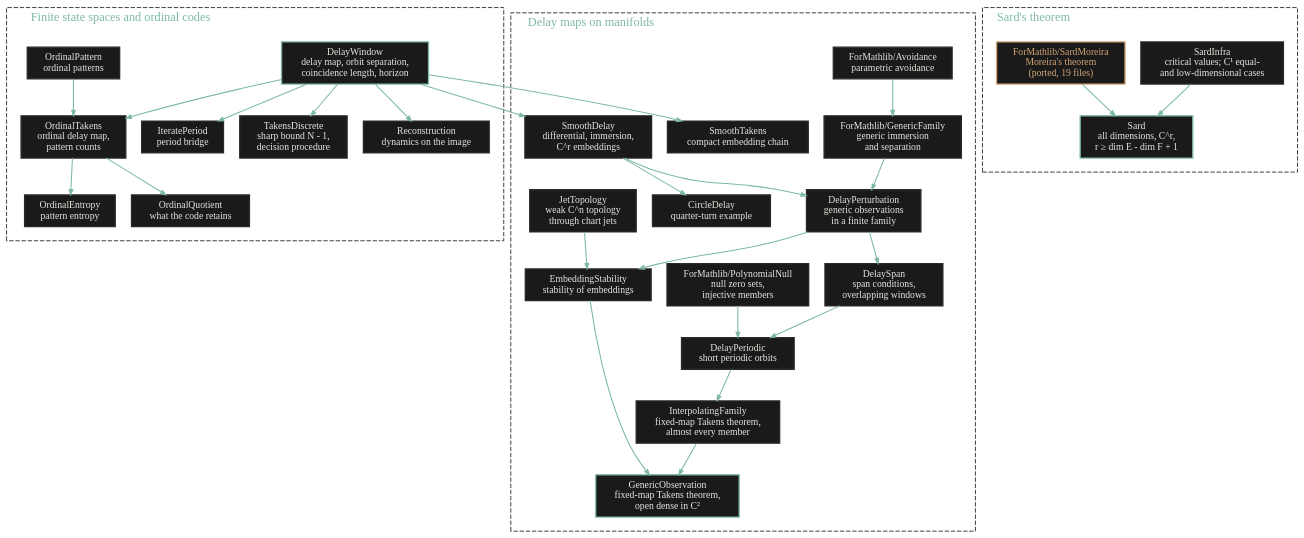
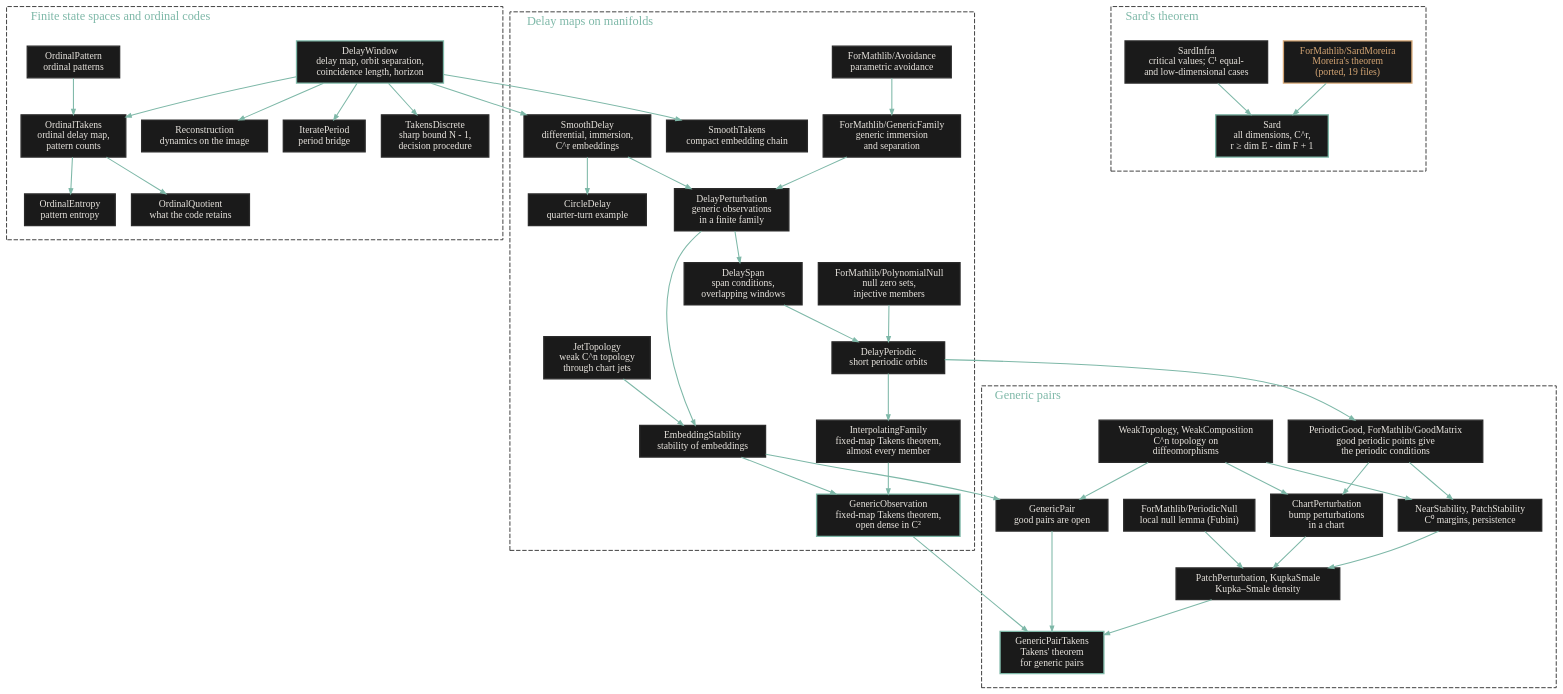
The diagram in docs/assets/proof-architecture.dot (Project-Navi/takens-formalization), drawn with Graphviz before and after one commit. The commit also changed 13 other files, not shown here.

First line of the commit message:
docs: lead with Takens' theorem for generic pairs

```diff
--- a/docs/assets/proof-architecture.dot
+++ b/docs/assets/proof-architecture.dot
@@ -1,102 +1,136 @@
 digraph proof_architecture {
   rankdir=TB
   bgcolor="transparent"
   newrank=true
   node [fontname="DM Sans" fontsize=11 style=filled fillcolor="#1a1a1a"
         fontcolor="#e8e4de" color="#2a2a2a" shape=box margin="0.15,0.08"
         penwidth=1.5]
   edge [color="#7eb8a8" arrowsize=0.6 penwidth=1.2]
 
   subgraph cluster_finite {
     label="Finite state spaces and ordinal codes"
     labeljust=l
     fontname="Fraunces"
     fontsize=14
     fontcolor="#7eb8a8"
     color="#2a2a2a"
     style=dashed
     margin=16
 
     DelayWindow [label="DelayWindow\ndelay map, orbit separation,\ncoincidence length, horizon"
                  color="#7eb8a8"]
     IteratePeriod [label="IteratePeriod\nperiod bridge"]
     TakensDiscrete [label="TakensDiscrete\nsharp bound N - 1,\ndecision procedure"]
     Reconstruction [label="Reconstruction\ndynamics on the image"]
     OrdinalPattern [label="OrdinalPattern\nordinal patterns"]
     OrdinalTakens [label="OrdinalTakens\nordinal delay map,\npattern counts"]
     OrdinalEntropy [label="OrdinalEntropy\npattern entropy"]
     OrdinalQuotient [label="OrdinalQuotient\nwhat the code retains"]
   }
 
   subgraph cluster_sard {
     label="Sard's theorem"
     labeljust=l
     fontname="Fraunces"
     fontsize=14
     fontcolor="#7eb8a8"
     color="#2a2a2a"
     style=dashed
     margin=16
 
     SardInfra [label="SardInfra\ncritical values; C¹ equal-\nand low-dimensional cases"]
     SardMoreira [label="ForMathlib/SardMoreira\nMoreira's theorem\n(ported, 19 files)"
                  color="#d4a574" fontcolor="#d4a574"]
     Sard [label="Sard\nall dimensions, C^r,\nr ≥ dim E - dim F + 1"
           color="#7eb8a8"]
   }
 
   subgraph cluster_smooth {
     label="Delay maps on manifolds"
     labeljust=l
     fontname="Fraunces"
     fontsize=14
     fontcolor="#7eb8a8"
     color="#2a2a2a"
     style=dashed
     margin=16
 
     SmoothTakens [label="SmoothTakens\ncompact embedding chain"]
     SmoothDelay [label="SmoothDelay\ndifferential, immersion,\nC^r embeddings"]
     CircleDelay [label="CircleDelay\nquarter-turn example"]
     Avoidance [label="ForMathlib/Avoidance\nparametric avoidance"]
     GenericFamily [label="ForMathlib/GenericFamily\ngeneric immersion\nand separation"]
     DelayPerturbation [label="DelayPerturbation\ngeneric observations\nin a finite family"]
     DelaySpan [label="DelaySpan\nspan conditions,\noverlapping windows"]
     PolynomialNull [label="ForMathlib/PolynomialNull\nnull zero sets,\ninjective members"]
     DelayPeriodic [label="DelayPeriodic\nshort periodic orbits"]
     InterpolatingFamily [label="InterpolatingFamily\nfixed-map Takens theorem,\nalmost every member"]
     JetTopology [label="JetTopology\nweak C^n topology\nthrough chart jets"]
     EmbeddingStability [label="EmbeddingStability\nstability of embeddings"]
     GenericObservation [label="GenericObservation\nfixed-map Takens theorem,\nopen dense in C²"
                         color="#7eb8a8"]
   }
 
+  subgraph cluster_pairs {
+    label="Generic pairs"
+    labeljust=l
+    fontname="Fraunces"
+    fontsize=14
+    fontcolor="#7eb8a8"
+    color="#2a2a2a"
+    style=dashed
+    margin=16
+
+    WeakTopology [label="WeakTopology, WeakComposition\nC^n topology on\ndiffeomorphisms"]
+    GenericPair [label="GenericPair\ngood pairs are open"]
+    PeriodicGood [label="PeriodicGood, ForMathlib/GoodMatrix\ngood periodic points give\nthe periodic conditions"]
+    PeriodicNull [label="ForMathlib/PeriodicNull\nlocal null lemma (Fubini)"]
+    ChartPerturbation [label="ChartPerturbation\nbump perturbations\nin a chart"]
+    PatchStability [label="NearStability, PatchStability\nC⁰ margins, persistence"]
+    KupkaSmale [label="PatchPerturbation, KupkaSmale\nKupka–Smale density"]
+    GenericPairTakens [label="GenericPairTakens\nTakens' theorem\nfor generic pairs"
+                       color="#7eb8a8"]
+  }
+
   DelayWindow -> IteratePeriod
   DelayWindow -> TakensDiscrete
   DelayWindow -> Reconstruction
   DelayWindow -> OrdinalTakens
   OrdinalPattern -> OrdinalTakens
   OrdinalTakens -> OrdinalEntropy
   OrdinalTakens -> OrdinalQuotient
 
   SardInfra -> Sard
   SardMoreira -> Sard
 
   DelayWindow -> SmoothTakens
   DelayWindow -> SmoothDelay
   SmoothDelay -> CircleDelay
   SmoothDelay -> DelayPerturbation
   Avoidance -> GenericFamily
   GenericFamily -> DelayPerturbation
   DelayPerturbation -> DelaySpan
   DelaySpan -> DelayPeriodic
   PolynomialNull -> DelayPeriodic
   DelayPeriodic -> InterpolatingFamily
   DelayPerturbation -> EmbeddingStability
   JetTopology -> EmbeddingStability
   EmbeddingStability -> GenericObservation
   InterpolatingFamily -> GenericObservation
+  EmbeddingStability -> GenericPair
+  WeakTopology -> GenericPair
+  WeakTopology -> ChartPerturbation
+  WeakTopology -> PatchStability
+  DelayPeriodic -> PeriodicGood
+  PeriodicGood -> PatchStability
+  PeriodicGood -> ChartPerturbation
+  PeriodicNull -> KupkaSmale
+  ChartPerturbation -> KupkaSmale
+  PatchStability -> KupkaSmale
+  KupkaSmale -> GenericPairTakens
+  GenericPair -> GenericPairTakens
+  GenericObservation -> GenericPairTakens
 
   { rank=same; IteratePeriod; TakensDiscrete; Reconstruction; OrdinalTakens; SmoothTakens;
     SmoothDelay; GenericFamily; Sard }
 }
```
